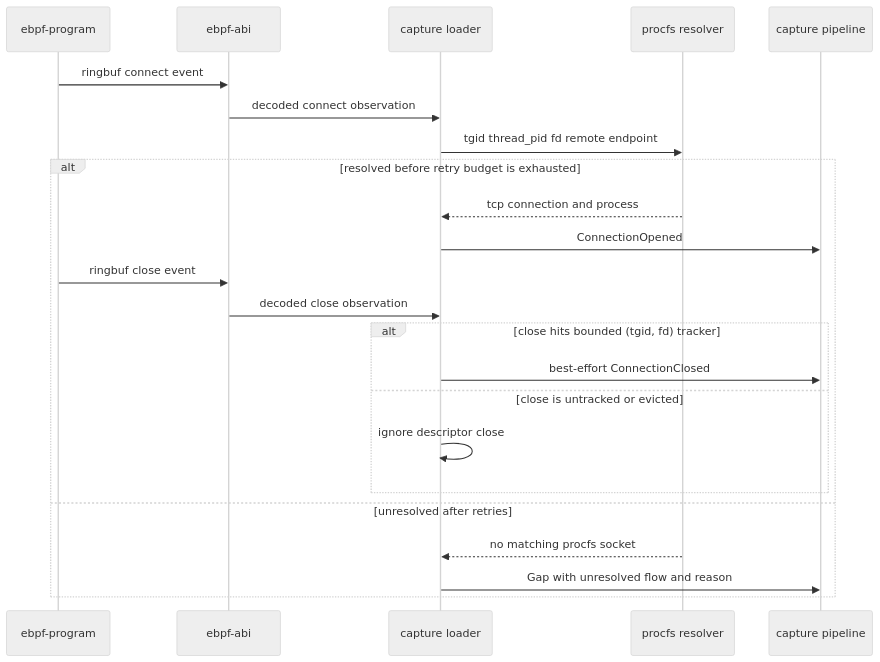
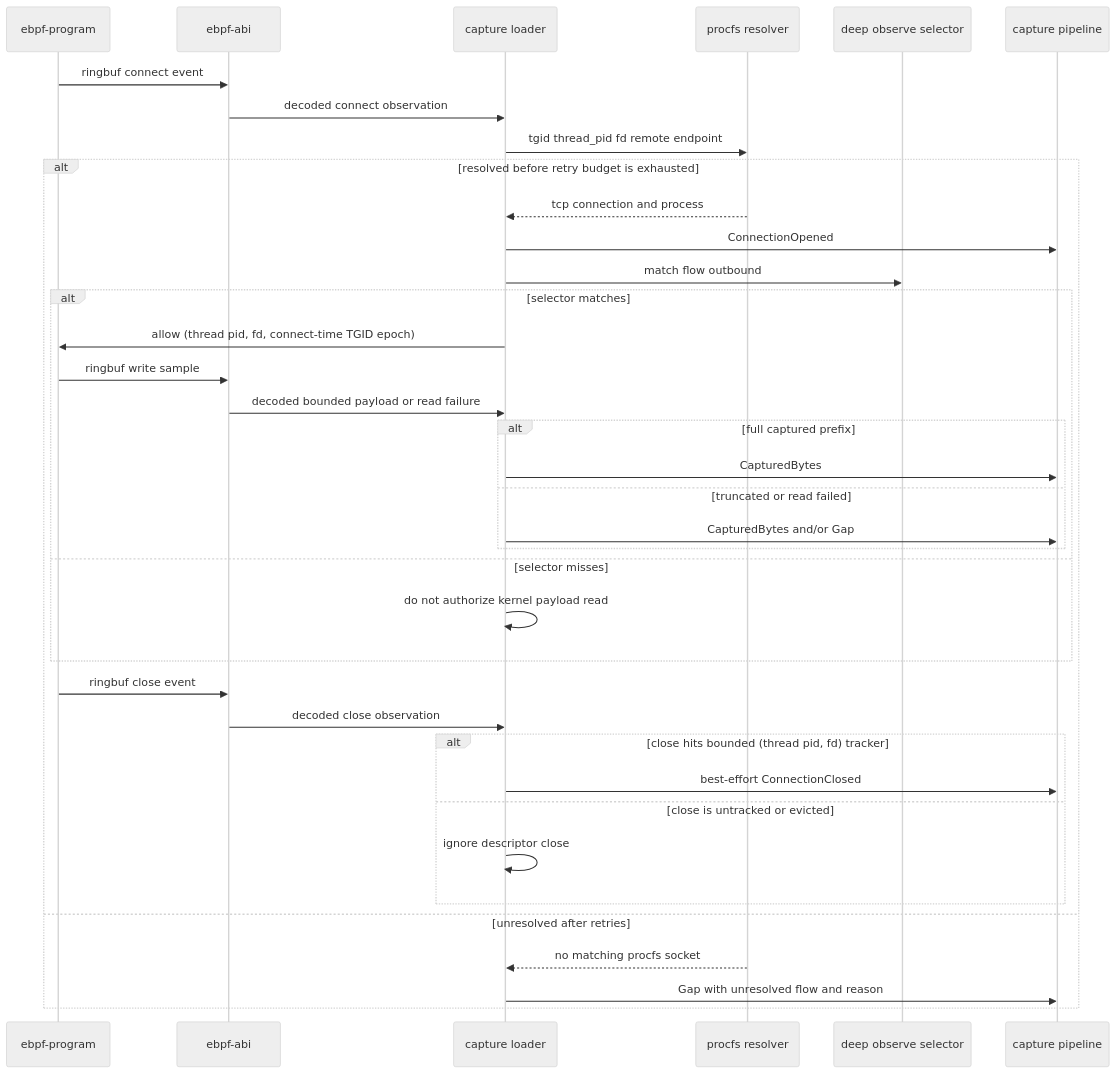
Before and after one commit to M4n5ter/probe: the third of 7 diagrams in docs/design.md, drawn with Mermaid (neutral theme). The commit also changed other lines of this file and 29 other files, not shown here.

Commit message:
Implement selector-gated eBPF write sampling

````diff
--- a/docs/design.md
+++ b/docs/design.md
@@ -304,26 +304,40 @@
 ```mermaid
 sequenceDiagram
     participant Program as ebpf-program
     participant Abi as ebpf-abi
     participant Loader as capture loader
     participant Resolver as procfs resolver
+    participant Selector as deep observe selector
     participant Pipeline as capture pipeline
 
     Program->>Abi: ringbuf connect event
     Abi->>Loader: decoded connect observation
     Loader->>Resolver: tgid thread_pid fd remote endpoint
     alt resolved before retry budget is exhausted
         Resolver-->>Loader: tcp connection and process
         Loader->>Pipeline: ConnectionOpened
+        Loader->>Selector: match flow outbound
+        alt selector matches
+            Loader->>Program: allow (thread pid, fd, connect-time TGID epoch)
+            Program->>Abi: ringbuf write sample
+            Abi->>Loader: decoded bounded payload or read failure
+            alt full captured prefix
+                Loader->>Pipeline: CapturedBytes
+            else truncated or read failed
+                Loader->>Pipeline: CapturedBytes and/or Gap
+            end
+        else selector misses
+            Loader->>Loader: do not authorize kernel payload read
+        end
         Program->>Abi: ringbuf close event
         Abi->>Loader: decoded close observation
-        alt close hits bounded (tgid, fd) tracker
+        alt close hits bounded (thread pid, fd) tracker
             Loader->>Pipeline: best-effort ConnectionClosed
         else close is untracked or evicted
             Loader->>Loader: ignore descriptor close
         end
     else unresolved after retries
         Resolver-->>Loader: no matching procfs socket
         Loader->>Pipeline: Gap with unresolved flow and reason
     end
 ```
````
